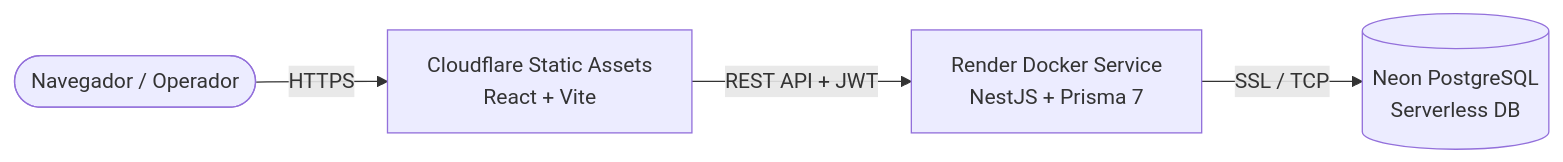
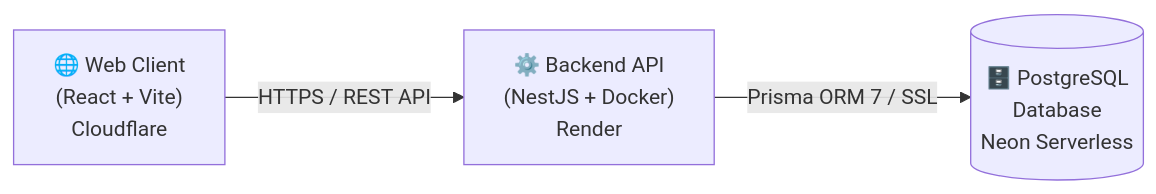
Before and after one commit to arthurlaporto/labpulse-os: the diagram in README.md, drawn with Mermaid. The commit also changed other lines of this file, not shown here.

````diff
--- a/README.md
+++ b/README.md
@@ -42,6 +35,5 @@
 ```mermaid
 flowchart LR
-    User([Navegador / Operador]) -->|HTTPS| CF[Cloudflare Static Assets<br/>React + Vite]
-    CF -->|REST API + JWT| Render[Render Docker Service<br/>NestJS + Prisma 7]
-    Render -->|SSL / TCP| Neon[(Neon PostgreSQL<br/>Serverless DB)]
+    Client["🌐 Web Client<br/>(React + Vite)<br/>Cloudflare"] -->|HTTPS / REST API| API["⚙️ Backend API<br/>(NestJS + Docker)<br/>Render"]
+    API -->|Prisma ORM 7 / SSL| DB[("🗄️ PostgreSQL<br/>Database<br/>Neon Serverless")]
 ```
````
